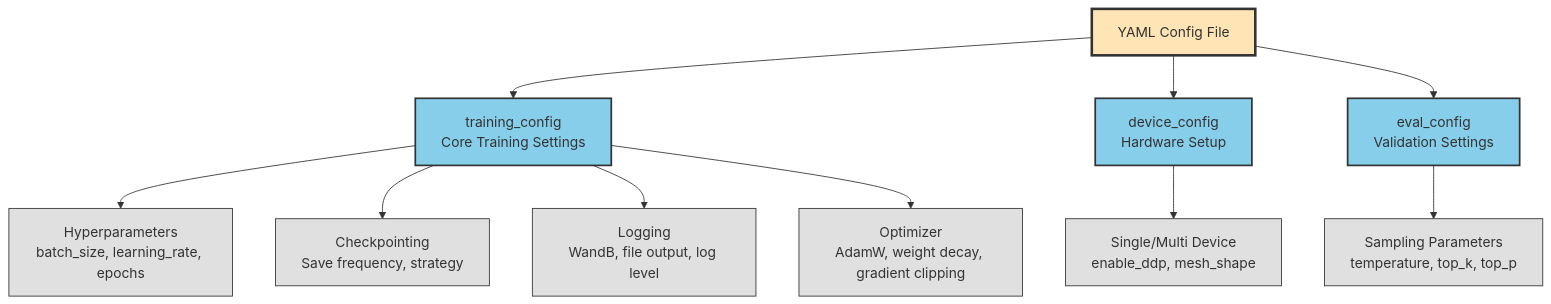
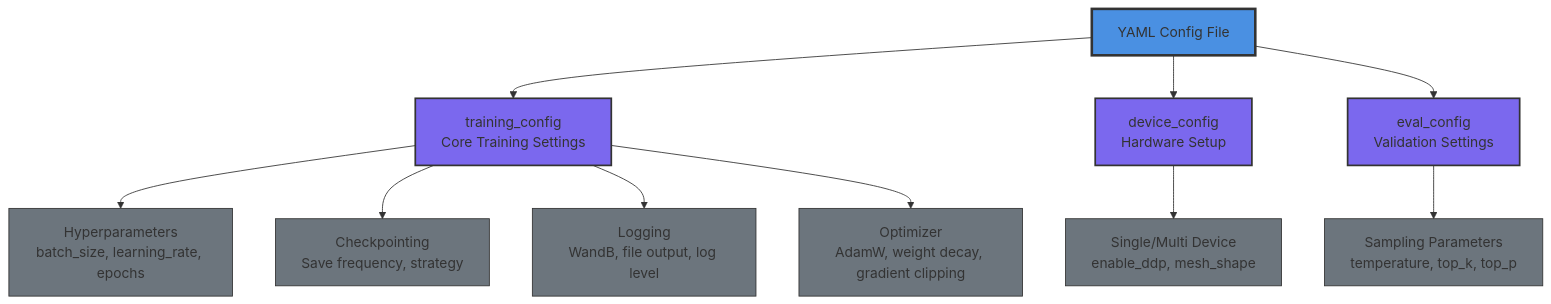
Before and after one commit to tenstorrent/tt-vscode-toolkit: the first of 2 diagrams in content/lessons/ct3-configuration-patterns.md, drawn with Mermaid. The commit also changed other lines of this file and 9 other files, not shown here.

````diff
--- a/content/lessons/ct3-configuration-patterns.md
+++ b/content/lessons/ct3-configuration-patterns.md
@@ -55,26 +55,26 @@
 ```mermaid
 graph TD
     A[YAML Config File] --> B[training_config<br/>Core Training Settings]
     A --> C[device_config<br/>Hardware Setup]
     A --> D[eval_config<br/>Validation Settings]
 
     B --> E[Hyperparameters<br/>batch_size, learning_rate, epochs]
     B --> F[Checkpointing<br/>Save frequency, strategy]
     B --> G[Logging<br/>WandB, file output, log level]
     B --> H[Optimizer<br/>AdamW, weight decay, gradient clipping]
 
     C --> I[Single/Multi Device<br/>enable_ddp, mesh_shape]
 
     D --> J[Sampling Parameters<br/>temperature, top_k, top_p]
 
-    style A fill:#FFE4B5,stroke:#333,stroke-width:3px
-    style B fill:#87CEEB,stroke:#333,stroke-width:2px
-    style C fill:#87CEEB,stroke:#333,stroke-width:2px
-    style D fill:#87CEEB,stroke:#333,stroke-width:2px
-    style E fill:#E0E0E0,stroke:#333,stroke-width:1px
-    style F fill:#E0E0E0,stroke:#333,stroke-width:1px
-    style G fill:#E0E0E0,stroke:#333,stroke-width:1px
-    style H fill:#E0E0E0,stroke:#333,stroke-width:1px
-    style I fill:#E0E0E0,stroke:#333,stroke-width:1px
-    style J fill:#E0E0E0,stroke:#333,stroke-width:1px
+    style A fill:#4A90E2,stroke:#333,stroke-width:3px
+    style B fill:#7B68EE,stroke:#333,stroke-width:2px
+    style C fill:#7B68EE,stroke:#333,stroke-width:2px
+    style D fill:#7B68EE,stroke:#333,stroke-width:2px
+    style E fill:#6C757D,stroke:#333,stroke-width:1px
+    style F fill:#6C757D,stroke:#333,stroke-width:1px
+    style G fill:#6C757D,stroke:#333,stroke-width:1px
+    style H fill:#6C757D,stroke:#333,stroke-width:1px
+    style I fill:#6C757D,stroke:#333,stroke-width:1px
+    style J fill:#6C757D,stroke:#333,stroke-width:1px
 ```
````
